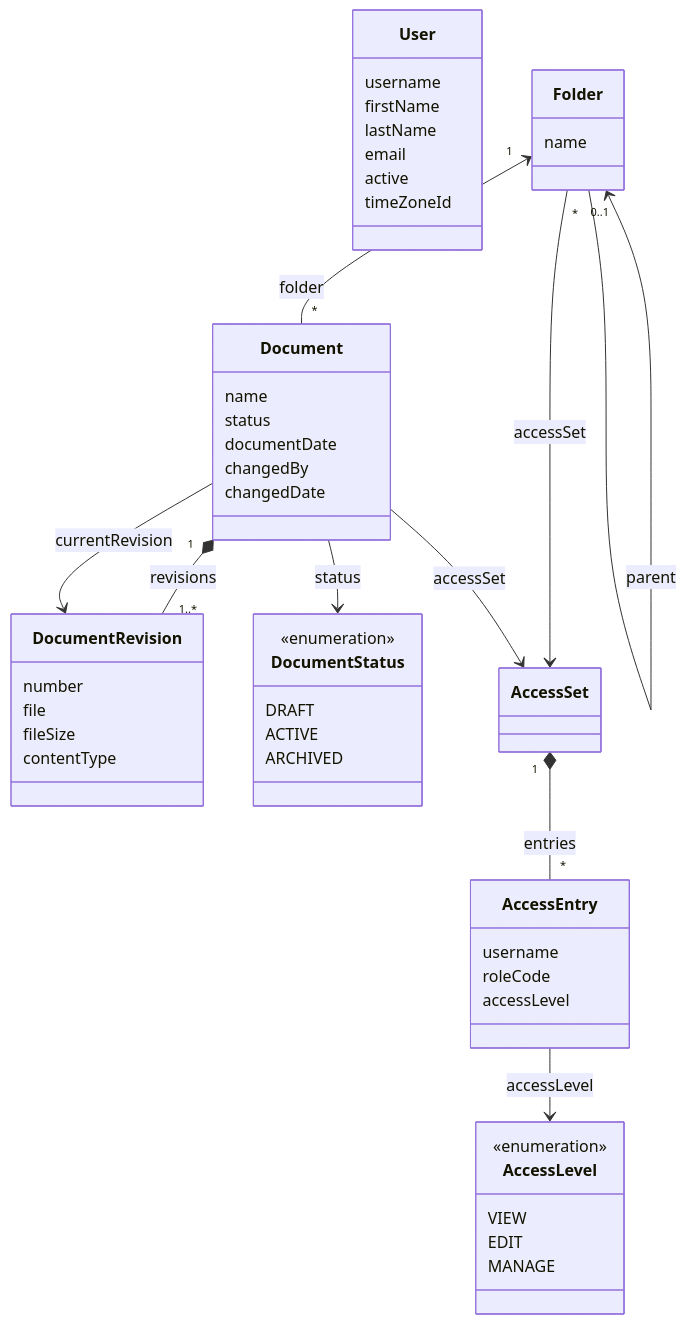
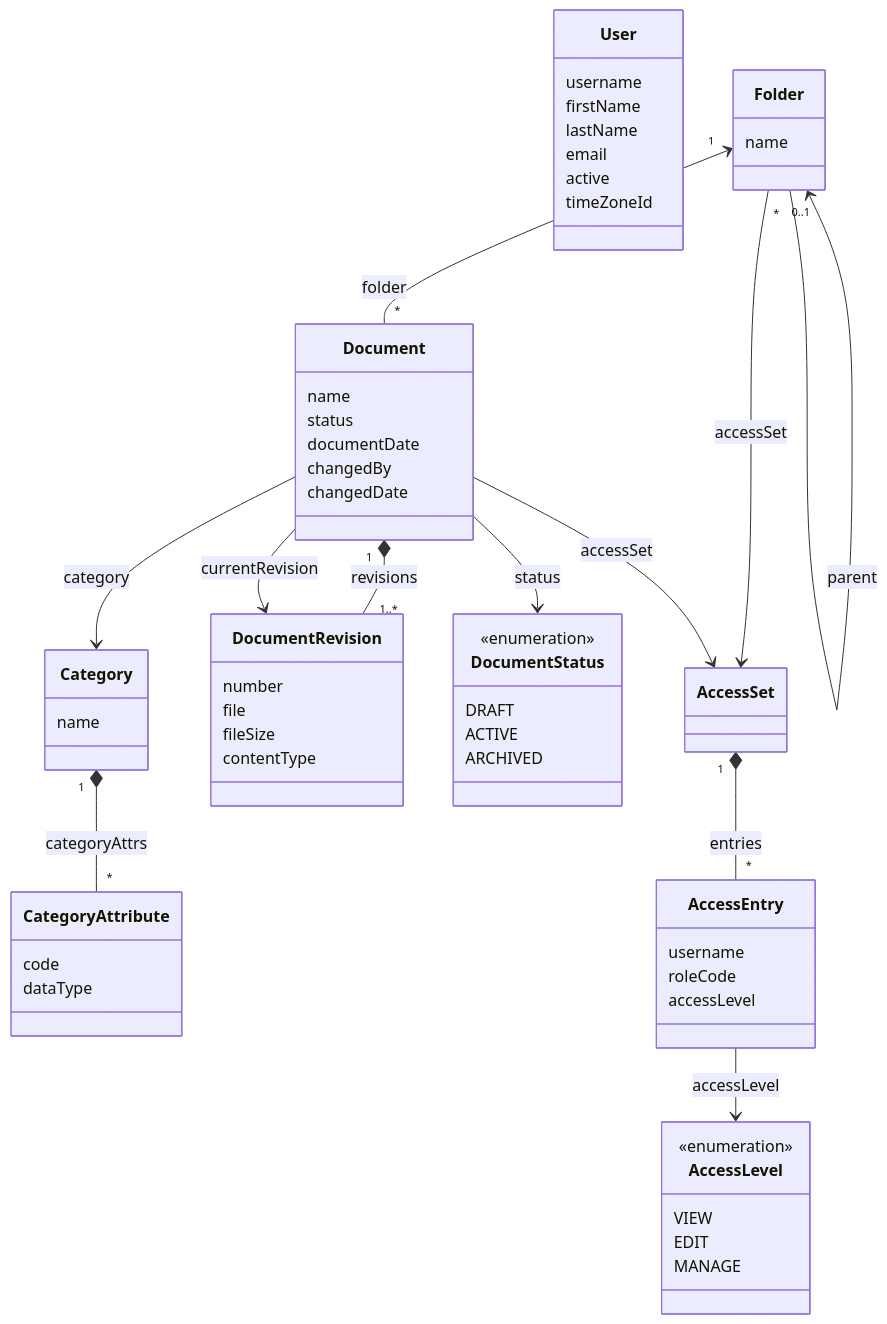
One commit to jmix-framework/jmix-docai changed the diagram in README.md. Above: the diagram before and after it, drawn with Mermaid. The commit also changed other lines of this file and 26 other files, not shown here.

Commit message:
[Step 4] Document type

````diff
--- a/README.md
+++ b/README.md
@@ -126,54 +128,63 @@
 ```mermaid
 classDiagram
     class User {
         username
         firstName
         lastName
         email
         active
         timeZoneId
     }
     class Folder {
         name
     }
     class Document {
         name
         status
         documentDate
         changedBy
         changedDate
+    }
+    class Category {
+        name
+    }
+    class CategoryAttribute {
+        code
+        dataType
     }
     class DocumentRevision {
         number
         file
         fileSize
         contentType
     }
     class DocumentStatus {
         <<enumeration>>
         DRAFT
         ACTIVE
         ARCHIVED
     }
     class AccessSet
     class AccessEntry {
         username
         roleCode
         accessLevel
     }
     class AccessLevel {
         <<enumeration>>
         VIEW
         EDIT
         MANAGE
     }
     Folder "0..1" <-- "*" Folder : parent
     Folder "1" <-- "*" Document : folder
     Document "1" *-- "1..*" DocumentRevision : revisions
     Document --> DocumentRevision : currentRevision
     Document --> DocumentStatus : status
     Folder --> AccessSet : accessSet
     Document --> AccessSet : accessSet
+    Document --> Category : category
+    Category "1" *-- "*" CategoryAttribute : categoryAttrs
     AccessSet "1" *-- "*" AccessEntry : entries
     AccessEntry --> AccessLevel : accessLevel
 ```
````
